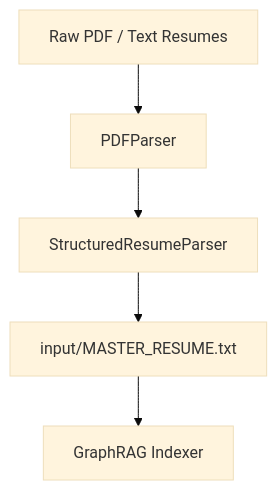
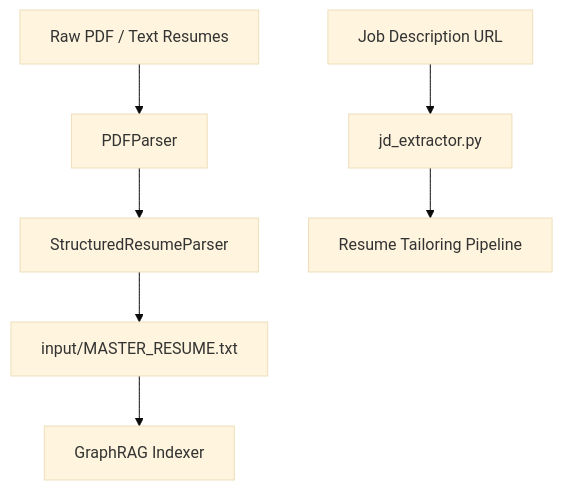
The diagram in docs/hierarchical/src/converters/README.md (prasadrane/Prasad-Resumes-GraphRAG), drawn with Mermaid (base theme) before and after one commit. The commit also changed other lines of this file and 45 other files, not shown here.

Commit message:
feat(refactor & ats): modularize resume generators, add real-time ATS scoring, JD URL extraction, and refresh architecture

````diff
--- a/docs/hierarchical/src/converters/README.md
+++ b/docs/hierarchical/src/converters/README.md
@@ -28,7 +29,9 @@
 ```mermaid
 flowchart TD
     RawPDF["Raw PDF / Text Resumes"] --> Parser[PDFParser]
+    WebURL["Job Description URL"] --> JDExtractor[jd_extractor.py]
     Parser --> Structurer[StructuredResumeParser]
     Structurer --> Master["input/MASTER_RESUME.txt"]
     Master --> GraphRAG["GraphRAG Indexer"]
+    JDExtractor --> Tailor["Resume Tailoring Pipeline"]
 ```
````
